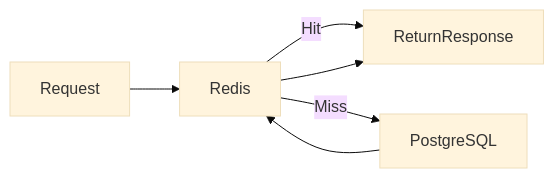
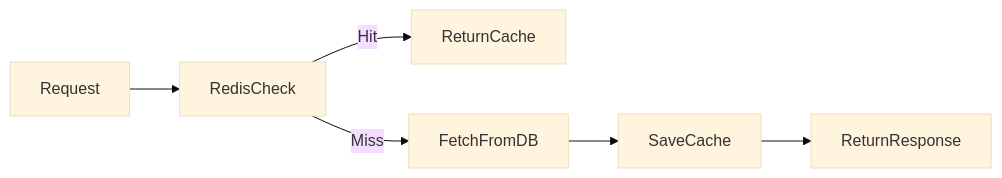
One commit to aaryan-pv/task_management changed the fourth of 5 diagrams in README.md. Above: the diagram before and after it, drawn with Mermaid (base theme). The commit also changed other lines of this file and 31 other files, not shown here.

````diff
--- a/README.md
+++ b/README.md
@@ -261,13 +311,13 @@
 ```mermaid
 flowchart LR
 
-Request --> Redis
+    Request --> RedisCheck
 
-Redis -->|Hit| ReturnResponse
+    RedisCheck -->|Hit| ReturnCache
 
-Redis -->|Miss| PostgreSQL
+    RedisCheck -->|Miss| FetchFromDB
 
-PostgreSQL --> Redis
+    FetchFromDB --> SaveCache
 
-Redis --> ReturnResponse
+    SaveCache --> ReturnResponse
 ```
````
